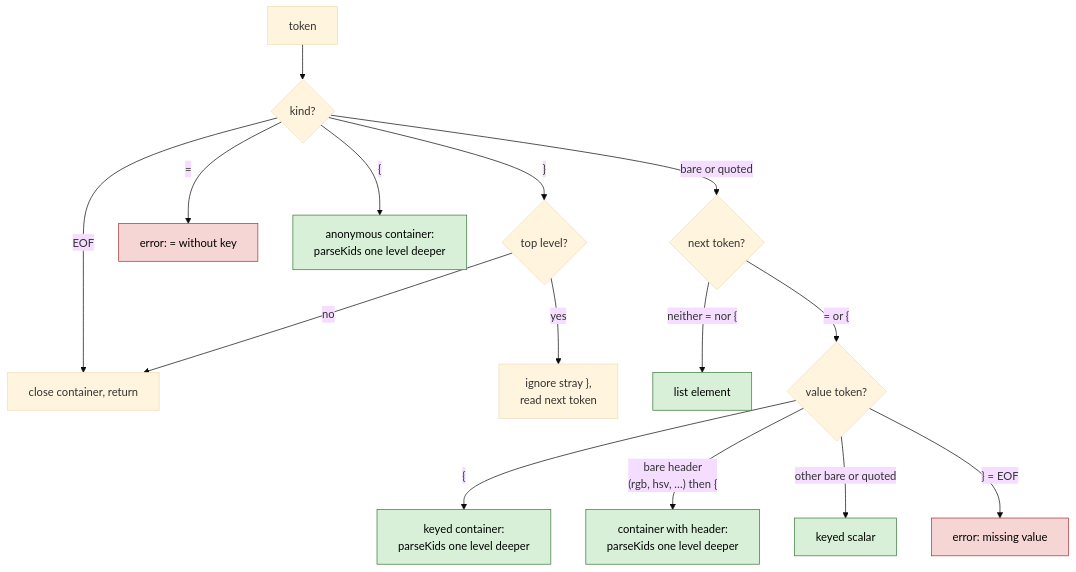
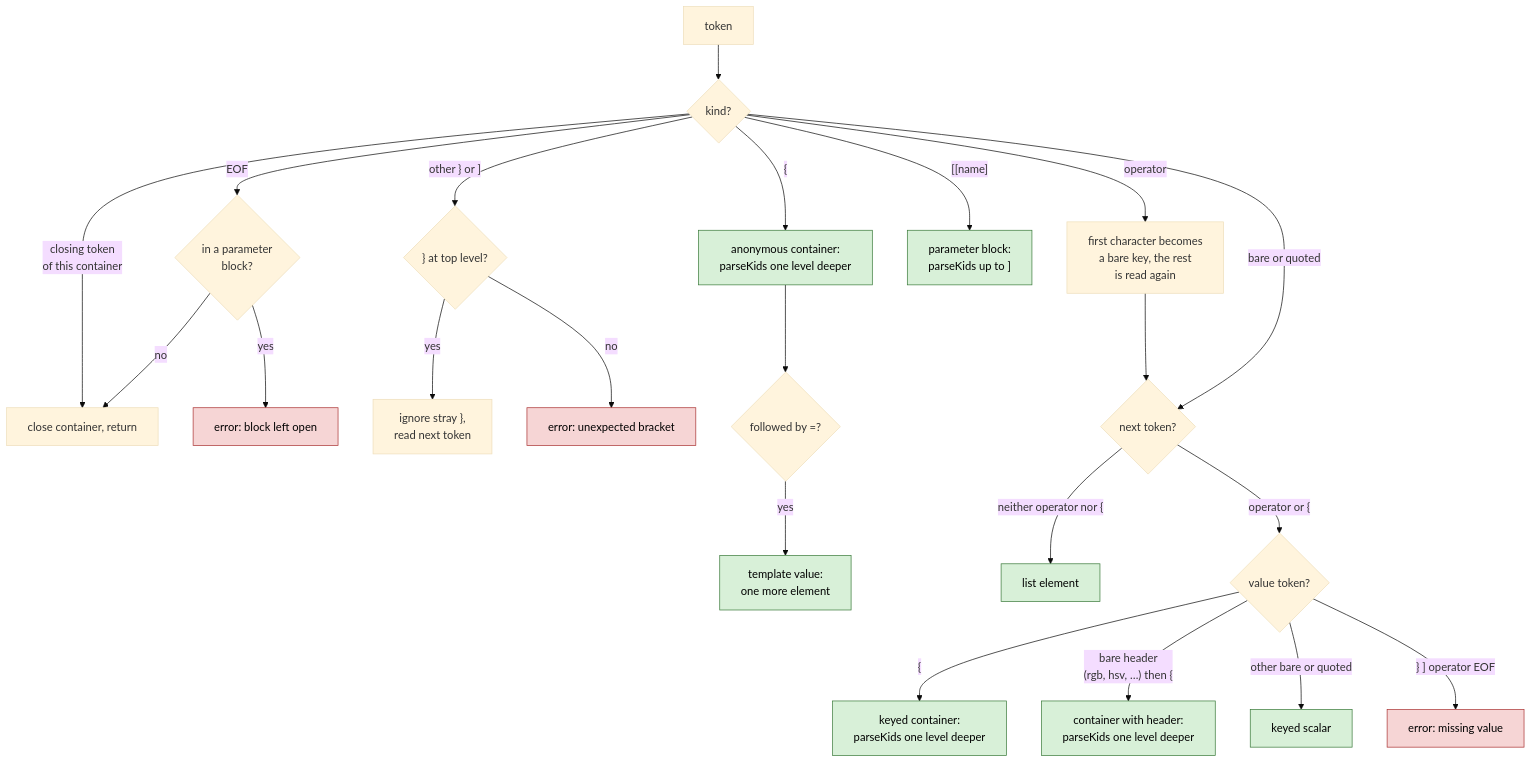
Before and after one commit to doranych/clausewitz-parser: the second of 2 diagrams in parser.md, drawn with Mermaid (base theme). The commit also changed other lines of this file and 9 other files, not shown here.

````diff
--- a/parser.md
+++ b/parser.md
@@ -41,22 +57,29 @@
 ```mermaid
 flowchart TD
     tok["token"] --> kind{kind?}
-    kind -- "EOF" --> done["close container, return"]
-    kind -- "}" --> top{"top level?"}
-    top -- "no" --> done
+    kind -- "closing token<br/>of this container" --> done["close container, return"]
+    kind -- "EOF" --> eof{"in a parameter<br/>block?"}
+    eof -- "no" --> done
+    eof -- "yes" --> err3["error: block left open"]
+    kind -- "other } or ]" --> top{"} at top level?"}
     top -- "yes" --> ignore["ignore stray },<br/>read next token"]
-    kind -- "=" --> err1["error: = without key"]
+    top -- "no" --> err4["error: unexpected bracket"]
+    kind -- "operator" --> rewind["first character becomes<br/>a bare key, the rest<br/>is read again"]
+    rewind --> peek
     kind -- "{" --> anon["anonymous container:<br/>parseKids one level deeper"]
+    anon --> tmpl{"followed by =?"}
+    tmpl -- "yes" --> tval["template value:<br/>one more element"]
+    kind -- "[[name]" --> param["parameter block:<br/>parseKids up to ]"]
     kind -- "bare or quoted" --> peek{"next token?"}
-    peek -- "neither = nor {" --> elem["list element"]
-    peek -- "= or {" --> vkind{"value token?"}
+    peek -- "neither operator nor {" --> elem["list element"]
+    peek -- "operator or {" --> vkind{"value token?"}
     vkind -- "{" --> keyed["keyed container:<br/>parseKids one level deeper"]
     vkind -- "bare header<br/>(rgb, hsv, …) then {" --> header["container with header:<br/>parseKids one level deeper"]
     vkind -- "other bare or quoted" --> scalar["keyed scalar"]
-    vkind -- "} = EOF" --> err2["error: missing value"]
+    vkind -- "} ] operator EOF" --> err2["error: missing value"]
 
     classDef add fill:#d8f0d8,stroke:#3a7a3a,color:#000
     classDef fail fill:#f6d5d5,stroke:#a33,color:#000
-    class anon,elem,keyed,header,scalar add
-    class err1,err2 fail
+    class anon,tval,param,elem,keyed,header,scalar add
+    class err2,err3,err4 fail
 ```
````
